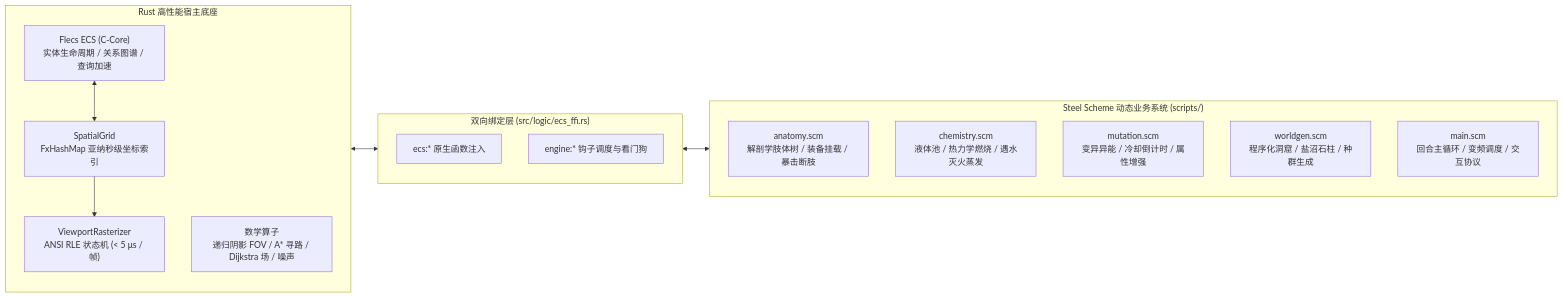
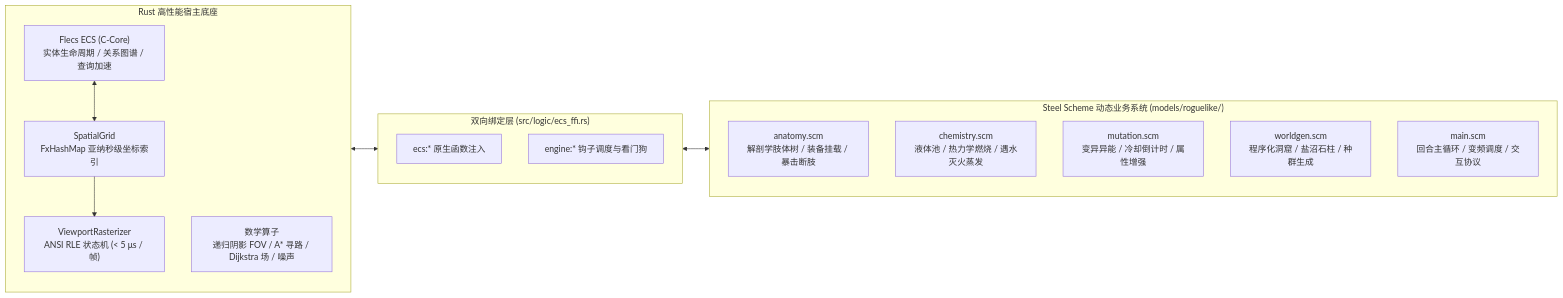
Before and after one commit to ouut/TextCraft: the diagram in docs/develop/scheme_developer_guide.md, drawn with Mermaid. The commit also changed other lines of this file and 11 other files, not shown here.

````diff
--- a/docs/develop/scheme_developer_guide.md
+++ b/docs/develop/scheme_developer_guide.md
@@ -58,29 +62,29 @@
 ```mermaid
 flowchart LR
     subgraph Rust["Rust 高性能宿主底座"]
         direction TB
         Flecs["Flecs ECS (C-Core)<br>实体生命周期 / 关系图谱 / 查询加速"]
         Spatial["SpatialGrid<br>FxHashMap 亚纳秒级坐标索引"]
         Rasterizer["ViewportRasterizer<br>ANSI RLE 状态机 (< 5 μs / 帧)"]
         Operators["数学算子<br>递归阴影 FOV / A* 寻路 / Dijkstra 场 / 噪声"]
         Flecs <--> Spatial
         Spatial --> Rasterizer
     end
 
     subgraph FFI["双向绑定层 (src/logic/ecs_ffi.rs)"]
         direction TB
         Primitives["ecs:* 原生函数注入"]
         Hooks["engine:* 钩子调度与看门狗"]
     end
 
-    subgraph Scheme["Steel Scheme 动态业务系统 (scripts/)"]
+    subgraph Scheme["Steel Scheme 动态业务系统 (models/roguelike/)"]
         direction TB
         Anatomy["anatomy.scm<br>解剖学肢体树 / 装备挂载 / 暴击断肢"]
         Chemistry["chemistry.scm<br>液体池 / 热力学燃烧 / 遇水灭火蒸发"]
         Mutation["mutation.scm<br>变异异能 / 冷却倒计时 / 属性增强"]
         WorldGen["worldgen.scm<br>程序化洞窟 / 盐沼石柱 / 种群生成"]
         Main["main.scm<br>回合主循环 / 变频调度 / 交互协议"]
     end
 
     Rust <--> FFI <--> Scheme
 ```
````
